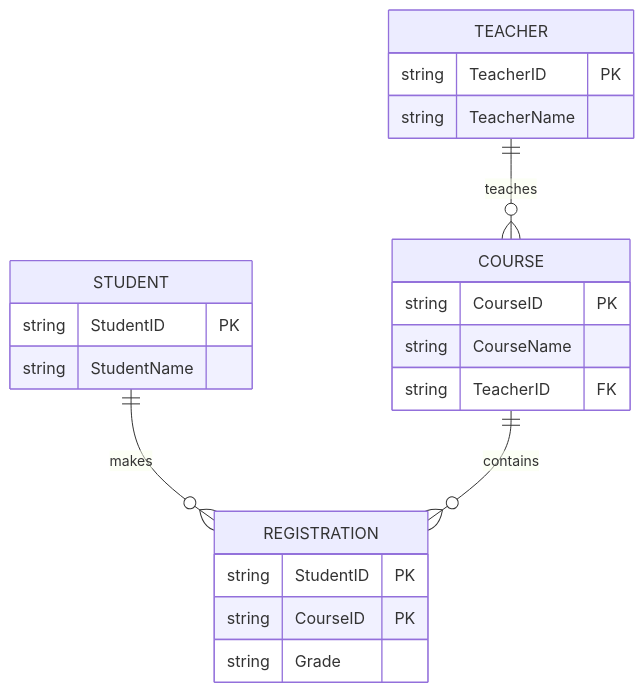
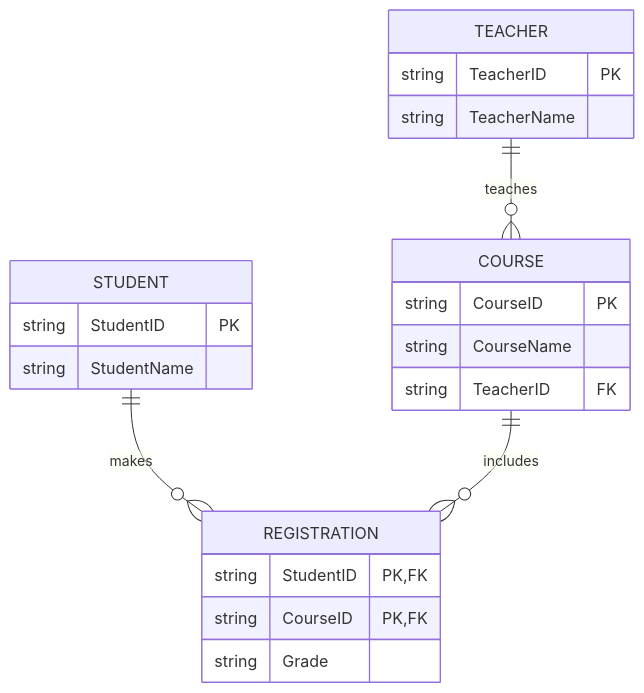
One commit to pentoshi007/prep changed diagram 13 of 14 in DBMS/norm.md. Above: the diagram before and after it, drawn with Mermaid. The commit also changed other lines of this file, not shown here.

````diff
--- a/DBMS/norm.md
+++ b/DBMS/norm.md
@@ -514,24 +917,24 @@
 ```mermaid
 erDiagram
     STUDENT ||--o{ REGISTRATION : makes
-    COURSE ||--o{ REGISTRATION : contains
+    COURSE ||--o{ REGISTRATION : includes
     TEACHER ||--o{ COURSE : teaches
     STUDENT {
         string StudentID PK
         string StudentName
+    }
+    TEACHER {
+        string TeacherID PK
+        string TeacherName
     }
     COURSE {
         string CourseID PK
         string CourseName
         string TeacherID FK
     }
-    TEACHER {
-        string TeacherID PK
-        string TeacherName
-    }
     REGISTRATION {
-        string StudentID PK
-        string CourseID PK
+        string StudentID PK, FK
+        string CourseID PK, FK
         string Grade
     }
 ```
````
